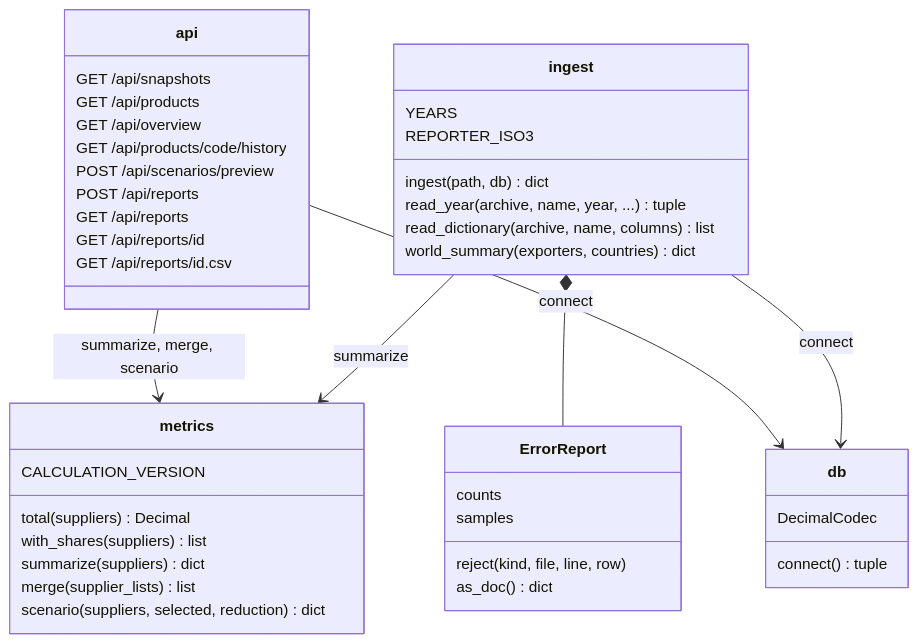
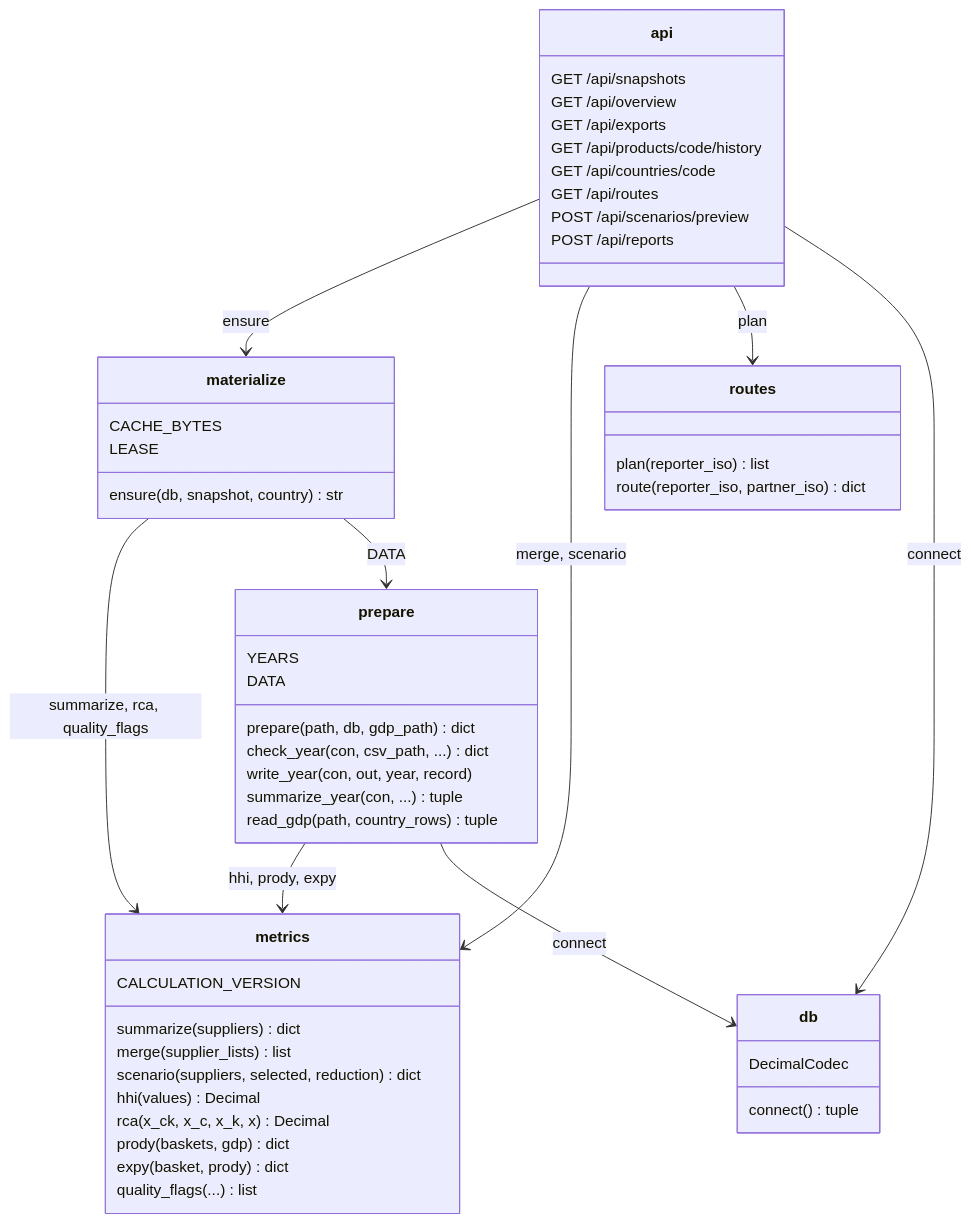
Before and after one commit to ReguiguiMohamed/AtlasOfDoubt: the first of 4 diagrams in docs/conception.md, drawn with Mermaid. The commit also changed other lines of this file and 30 other files, not shown here.

First line of the commit message:
feat: read any country's trade and add export measures

````diff
--- a/docs/conception.md
+++ b/docs/conception.md
@@ -12,45 +12,54 @@
 ```mermaid
 classDiagram
     class metrics {
         CALCULATION_VERSION
-        total(suppliers) Decimal
-        with_shares(suppliers) list
         summarize(suppliers) dict
         merge(supplier_lists) list
         scenario(suppliers, selected, reduction) dict
+        hhi(values) Decimal
+        rca(x_ck, x_c, x_k, x) Decimal
+        prody(baskets, gdp) dict
+        expy(basket, prody) dict
+        quality_flags(...) list
     }
-    class ingest {
+    class prepare {
         YEARS
-        REPORTER_ISO3
-        ingest(path, db) dict
-        read_year(archive, name, year, ...) tuple
-        read_dictionary(archive, name, columns) list
-        world_summary(exporters, countries) dict
+        DATA
+        prepare(path, db, gdp_path) dict
+        check_year(con, csv_path, ...) dict
+        write_year(con, out, year, record)
+        summarize_year(con, ...) tuple
+        read_gdp(path, country_rows) tuple
     }
-    class ErrorReport {
-        counts
-        samples
-        reject(kind, file, line, row)
-        as_doc() dict
+    class materialize {
+        CACHE_BYTES
+        LEASE
+        ensure(db, snapshot, country) str
+    }
+    class routes {
+        plan(reporter_iso) list
+        route(reporter_iso, partner_iso) dict
     }
     class db {
         DecimalCodec
         connect() tuple
     }
     class api {
         GET /api/snapshots
-        GET /api/products
         GET /api/overview
+        GET /api/exports
         GET /api/products/code/history
+        GET /api/countries/code
+        GET /api/routes
         POST /api/scenarios/preview
         POST /api/reports
-        GET /api/reports
-        GET /api/reports/id
-        GET /api/reports/id.csv
     }
-    ingest --> metrics : summarize
-    ingest --> db : connect
-    ingest *-- ErrorReport
-    api --> metrics : summarize, merge, scenario
+    prepare --> metrics : hhi, prody, expy
+    prepare --> db : connect
+    materialize --> metrics : summarize, rca, quality_flags
+    materialize --> prepare : DATA
+    api --> materialize : ensure
+    api --> metrics : merge, scenario
+    api --> routes : plan
     api --> db : connect
 ```
````
